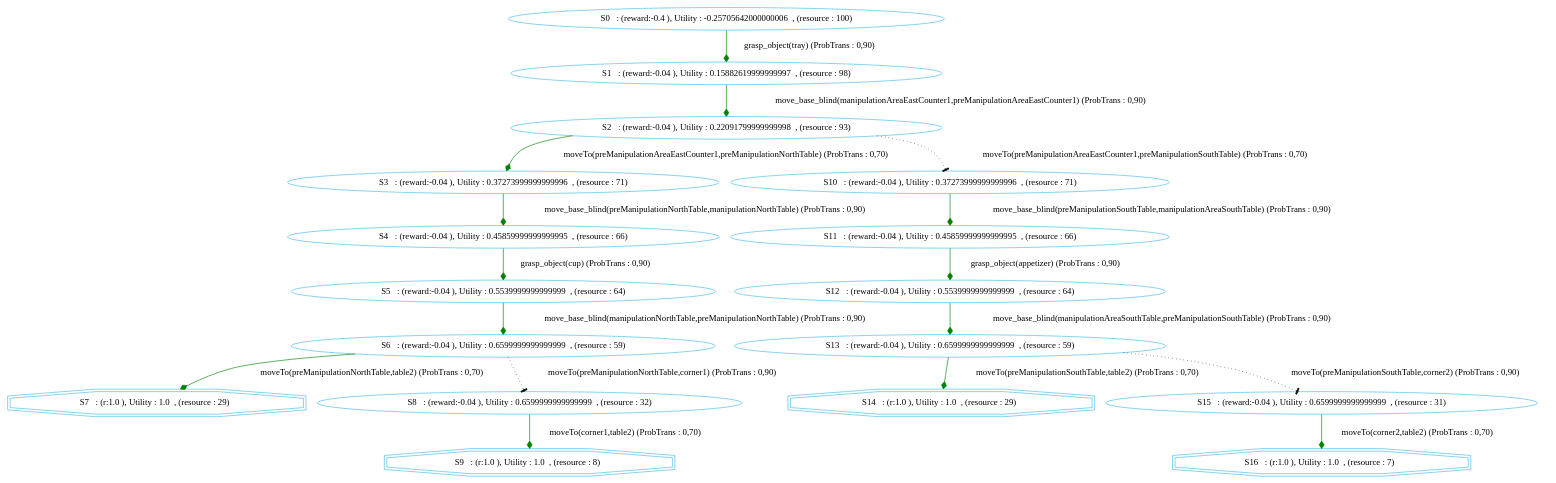
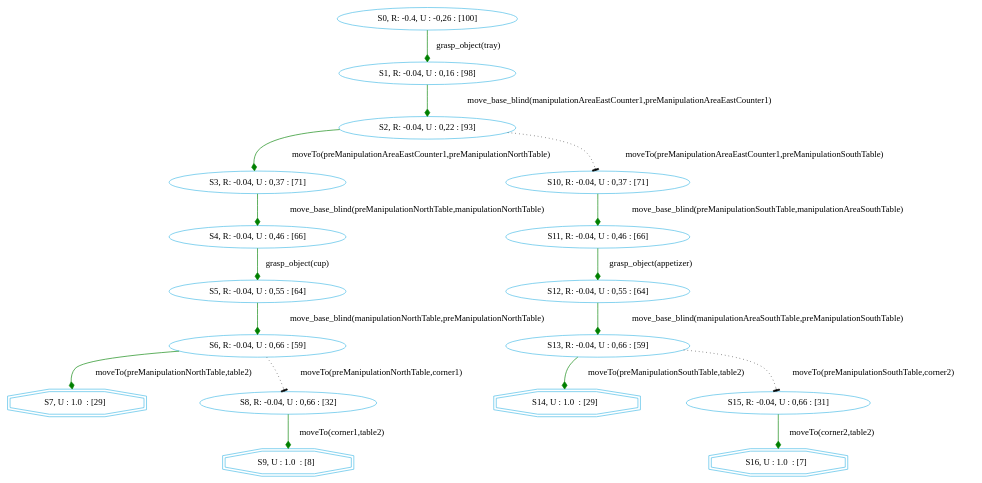
The diagram in chimp/src/main/java/examples/MDP/RACE/test_SpatialFluent_m_drive_robot.dot (htiraHatem/CHIMP_MDP), drawn with Graphviz before and after one commit. The commit also changed 20 other files, not shown here.

```diff
--- a/chimp/src/main/java/examples/MDP/RACE/test_SpatialFluent_m_drive_robot.dot
+++ b/chimp/src/main/java/examples/MDP/RACE/test_SpatialFluent_m_drive_robot.dot
@@ -1,24 +1,24 @@
 digraph {
   node [color="#40b9e5" ]
  size="60,17";
-"7" [label=" S7   : (r:1.0 ), Utility : 1.0  , (resource : 29)  " shape=doubleoctagon];
-"9" [label=" S9   : (r:1.0 ), Utility : 1.0  , (resource : 8)  " shape=doubleoctagon];
-"14" [label=" S14   : (r:1.0 ), Utility : 1.0  , (resource : 29)  " shape=doubleoctagon];
-"16" [label=" S16   : (r:1.0 ), Utility : 1.0  , (resource : 7)  " shape=doubleoctagon];
-"0" [label=" S0   : (reward:-0.4 ), Utility : -0.25705642000000006  , (resource : 100) "]"1" [label=" S1   : (reward:-0.04 ), Utility : 0.15882619999999997  , (resource : 98) "]"2" [label=" S2   : (reward:-0.04 ), Utility : 0.22091799999999998  , (resource : 93) "]"3" [label=" S3   : (reward:-0.04 ), Utility : 0.37273999999999996  , (resource : 71) "]"4" [label=" S4   : (reward:-0.04 ), Utility : 0.45859999999999995  , (resource : 66) "]"5" [label=" S5   : (reward:-0.04 ), Utility : 0.5539999999999999  , (resource : 64) "]"6" [label=" S6   : (reward:-0.04 ), Utility : 0.6599999999999999  , (resource : 59) "]"8" [label=" S8   : (reward:-0.04 ), Utility : 0.6599999999999999  , (resource : 32) "]"10" [label=" S10   : (reward:-0.04 ), Utility : 0.37273999999999996  , (resource : 71) "]"11" [label=" S11   : (reward:-0.04 ), Utility : 0.45859999999999995  , (resource : 66) "]"12" [label=" S12   : (reward:-0.04 ), Utility : 0.5539999999999999  , (resource : 64) "]"13" [label=" S13   : (reward:-0.04 ), Utility : 0.6599999999999999  , (resource : 59) "]"15" [label=" S15   : (reward:-0.04 ), Utility : 0.6599999999999999  , (resource : 31) "]"0" -> "1" [ label="grasp_object(tray) (ProbTrans : 0,90)"
-, arrowhead = diamond , color=green];"1" -> "2" [ label="move_base_blind(manipulationAreaEastCounter1,preManipulationAreaEastCounter1) (ProbTrans : 0,90)"
-, arrowhead = diamond , color=green];"2" -> "3" [ label="moveTo(preManipulationAreaEastCounter1,preManipulationNorthTable) (ProbTrans : 0,70)"
-, arrowhead = diamond , color=green];"2" -> "10" [ label="moveTo(preManipulationAreaEastCounter1,preManipulationSouthTable) (ProbTrans : 0,70)"
-,style=dotted, arrowhead=tee];"3" -> "4" [ label="move_base_blind(preManipulationNorthTable,manipulationNorthTable) (ProbTrans : 0,90)"
-, arrowhead = diamond , color=green];"4" -> "5" [ label="grasp_object(cup) (ProbTrans : 0,90)"
-, arrowhead = diamond , color=green];"5" -> "6" [ label="move_base_blind(manipulationNorthTable,preManipulationNorthTable) (ProbTrans : 0,90)"
-, arrowhead = diamond , color=green];"6" -> "7" [ label="moveTo(preManipulationNorthTable,table2) (ProbTrans : 0,70)"
-, arrowhead = diamond , color=green];"6" -> "8" [ label="moveTo(preManipulationNorthTable,corner1) (ProbTrans : 0,90)"
-,style=dotted, arrowhead=tee];"8" -> "9" [ label="moveTo(corner1,table2) (ProbTrans : 0,70)"
-, arrowhead = diamond , color=green];"10" -> "11" [ label="move_base_blind(preManipulationSouthTable,manipulationAreaSouthTable) (ProbTrans : 0,90)"
-, arrowhead = diamond , color=green];"11" -> "12" [ label="grasp_object(appetizer) (ProbTrans : 0,90)"
-, arrowhead = diamond , color=green];"12" -> "13" [ label="move_base_blind(manipulationAreaSouthTable,preManipulationSouthTable) (ProbTrans : 0,90)"
-, arrowhead = diamond , color=green];"13" -> "14" [ label="moveTo(preManipulationSouthTable,table2) (ProbTrans : 0,70)"
-, arrowhead = diamond , color=green];"13" -> "15" [ label="moveTo(preManipulationSouthTable,corner2) (ProbTrans : 0,90)"
-,style=dotted, arrowhead=tee];"15" -> "16" [ label="moveTo(corner2,table2) (ProbTrans : 0,70)"
+"7" [label=" S7, U : 1.0  : [29]  " shape=doubleoctagon];
+"9" [label=" S9, U : 1.0  : [8]  " shape=doubleoctagon];
+"14" [label=" S14, U : 1.0  : [29]  " shape=doubleoctagon];
+"16" [label=" S16, U : 1.0  : [7]  " shape=doubleoctagon];
+"0" [label=" S0, R: -0.4, U : -0,26 : [100] "]"1" [label=" S1, R: -0.04, U : 0,16 : [98] "]"2" [label=" S2, R: -0.04, U : 0,22 : [93] "]"3" [label=" S3, R: -0.04, U : 0,37 : [71] "]"4" [label=" S4, R: -0.04, U : 0,46 : [66] "]"5" [label=" S5, R: -0.04, U : 0,55 : [64] "]"6" [label=" S6, R: -0.04, U : 0,66 : [59] "]"8" [label=" S8, R: -0.04, U : 0,66 : [32] "]"10" [label=" S10, R: -0.04, U : 0,37 : [71] "]"11" [label=" S11, R: -0.04, U : 0,46 : [66] "]"12" [label=" S12, R: -0.04, U : 0,55 : [64] "]"13" [label=" S13, R: -0.04, U : 0,66 : [59] "]"15" [label=" S15, R: -0.04, U : 0,66 : [31] "]"0" -> "1" [ label="grasp_object(tray)"
+, arrowhead = diamond , color=green];"1" -> "2" [ label="move_base_blind(manipulationAreaEastCounter1,preManipulationAreaEastCounter1)"
+, arrowhead = diamond , color=green];"2" -> "3" [ label="moveTo(preManipulationAreaEastCounter1,preManipulationNorthTable)"
+, arrowhead = diamond , color=green];"2" -> "10" [ label="moveTo(preManipulationAreaEastCounter1,preManipulationSouthTable)"
+,style=dotted, arrowhead=tee];"3" -> "4" [ label="move_base_blind(preManipulationNorthTable,manipulationNorthTable)"
+, arrowhead = diamond , color=green];"4" -> "5" [ label="grasp_object(cup)"
+, arrowhead = diamond , color=green];"5" -> "6" [ label="move_base_blind(manipulationNorthTable,preManipulationNorthTable)"
+, arrowhead = diamond , color=green];"6" -> "7" [ label="moveTo(preManipulationNorthTable,table2)"
+, arrowhead = diamond , color=green];"6" -> "8" [ label="moveTo(preManipulationNorthTable,corner1)"
+,style=dotted, arrowhead=tee];"8" -> "9" [ label="moveTo(corner1,table2)"
+, arrowhead = diamond , color=green];"10" -> "11" [ label="move_base_blind(preManipulationSouthTable,manipulationAreaSouthTable)"
+, arrowhead = diamond , color=green];"11" -> "12" [ label="grasp_object(appetizer)"
+, arrowhead = diamond , color=green];"12" -> "13" [ label="move_base_blind(manipulationAreaSouthTable,preManipulationSouthTable)"
+, arrowhead = diamond , color=green];"13" -> "14" [ label="moveTo(preManipulationSouthTable,table2)"
+, arrowhead = diamond , color=green];"13" -> "15" [ label="moveTo(preManipulationSouthTable,corner2)"
+,style=dotted, arrowhead=tee];"15" -> "16" [ label="moveTo(corner2,table2)"
 , arrowhead = diamond , color=green];}
```
